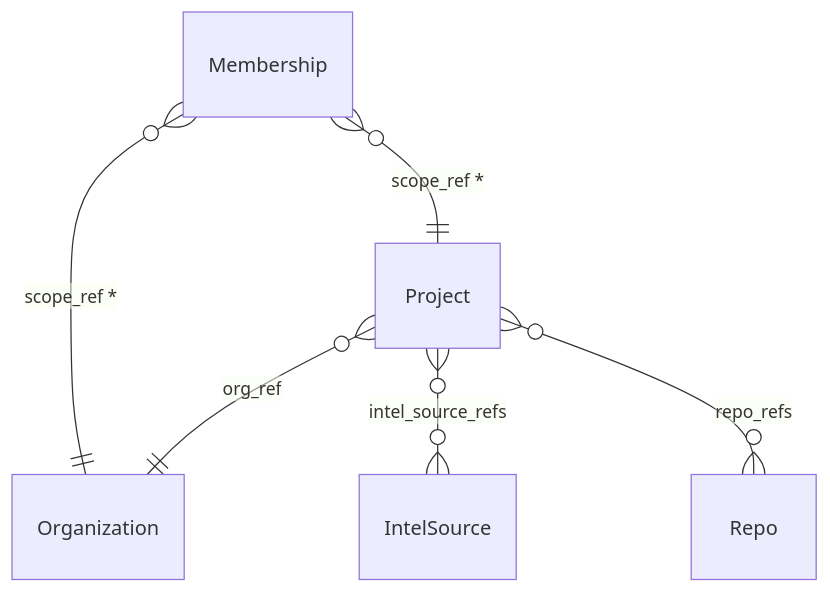
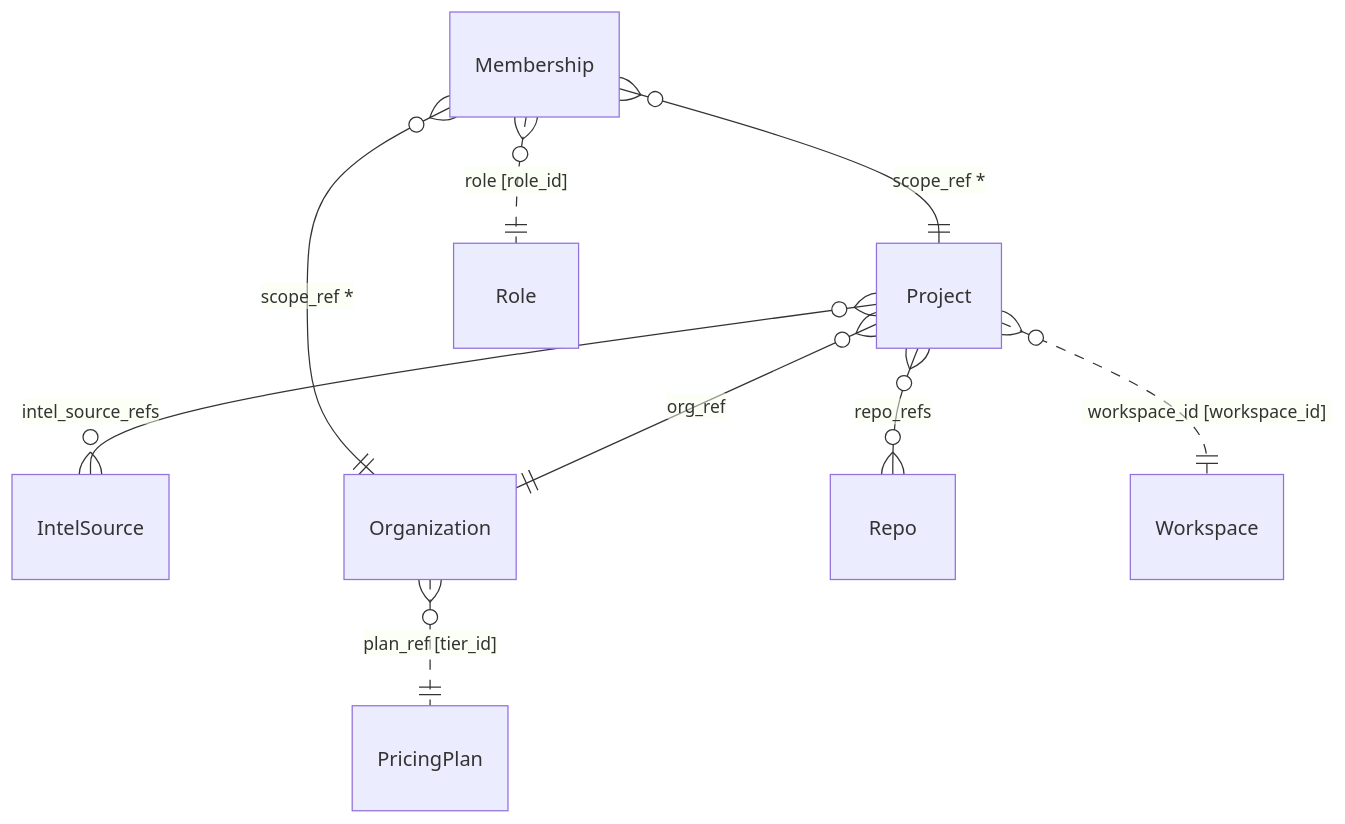
One commit to ruinosus/dna changed the third of 8 diagrams in docs/reference/data-model.md. Above: the diagram before and after it, drawn with Mermaid. The commit also changed other lines of this file and 71 other files, not shown here.

````diff
--- a/docs/reference/data-model.md
+++ b/docs/reference/data-model.md
@@ -206,13 +163,19 @@
 ```mermaid
 erDiagram
     IntelSource
     Membership
     Organization
+    PricingPlan
     Project
     Repo
+    Role
+    Workspace
+    Membership }o..|| Role : "role [role_id]"
     Membership }o--|| Organization : "scope_ref *"
     Membership }o--|| Project : "scope_ref *"
+    Organization }o..|| PricingPlan : "plan_ref [tier_id]"
     Project }o--}o IntelSource : "intel_source_refs"
     Project }o--|| Organization : "org_ref"
     Project }o--}o Repo : "repo_refs"
+    Project }o..|| Workspace : "workspace_id [workspace_id]"
 ```
````
